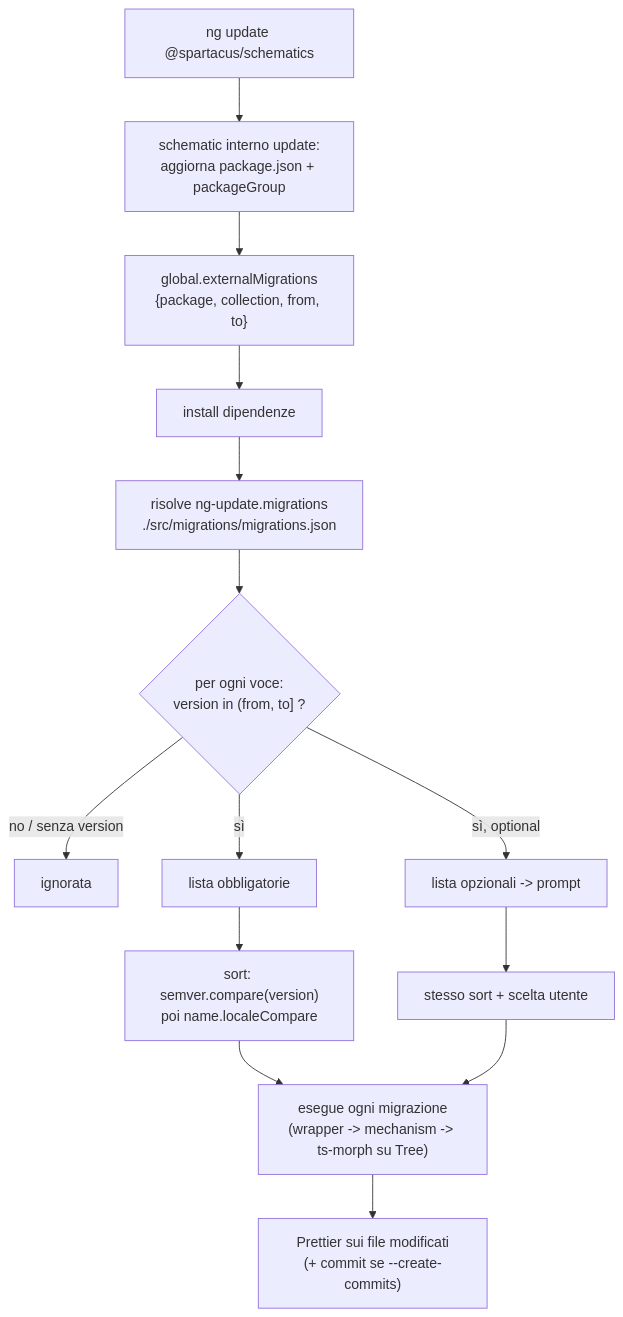
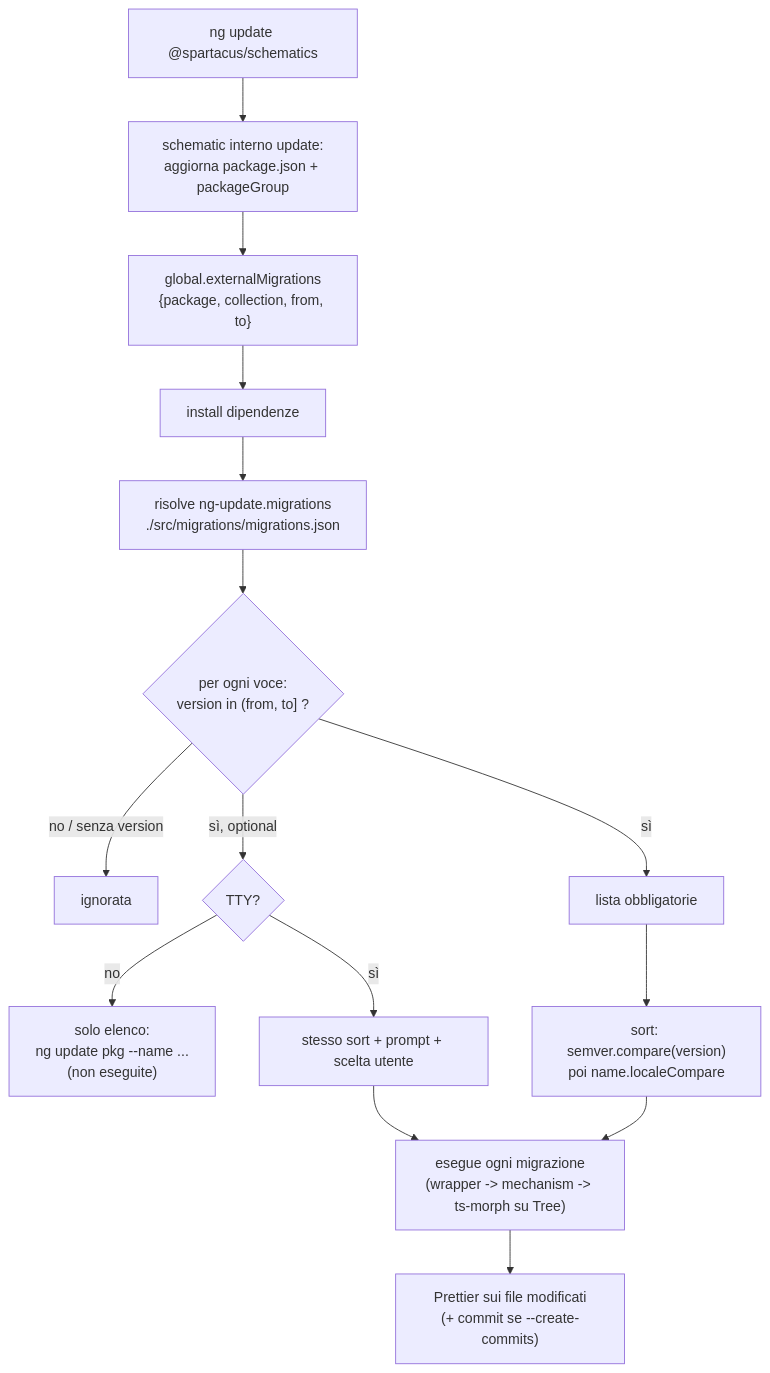
One commit to mgiuditta/spartacus changed the third of 4 diagrams in docs/spartacus-book/parte-1/08-schematics-builder.md. Above: the diagram before and after it, drawn with Mermaid. The commit also changed other lines of this file and 1 other file, not shown here.

````diff
--- a/docs/spartacus-book/parte-1/08-schematics-builder.md
+++ b/docs/spartacus-book/parte-1/08-schematics-builder.md
@@ -222,16 +222,17 @@
 ```mermaid
 flowchart TD
   A["ng update @spartacus/schematics"] --> B["schematic interno update:<br/>aggiorna package.json + packageGroup"]
   B --> C["global.externalMigrations<br/>{package, collection, from, to}"]
   C --> D["install dipendenze"]
   D --> E["risolve ng-update.migrations<br/>./src/migrations/migrations.json"]
   E --> F{"per ogni voce:<br/>version in (from, to] ?"}
   F -- "no / senza version" --> X["ignorata"]
-  F -- "sì, optional" --> O["lista opzionali -> prompt"]
+  F -- "sì, optional" --> O{"TTY?"}
+  O -- "no" --> NT["solo elenco:<br/>ng update pkg --name ...<br/>(non eseguite)"]
   F -- "sì" --> R["lista obbligatorie"]
   R --> S["sort: semver.compare(version)<br/>poi name.localeCompare"]
-  O --> S2["stesso sort + scelta utente"]
+  O -- "sì" --> S2["stesso sort + prompt + scelta utente"]
   S --> M["esegue ogni migrazione<br/>(wrapper -> mechanism -> ts-morph su Tree)"]
   S2 --> M
   M --> P["Prettier sui file modificati<br/>(+ commit se --create-commits)"]
 ```
````
